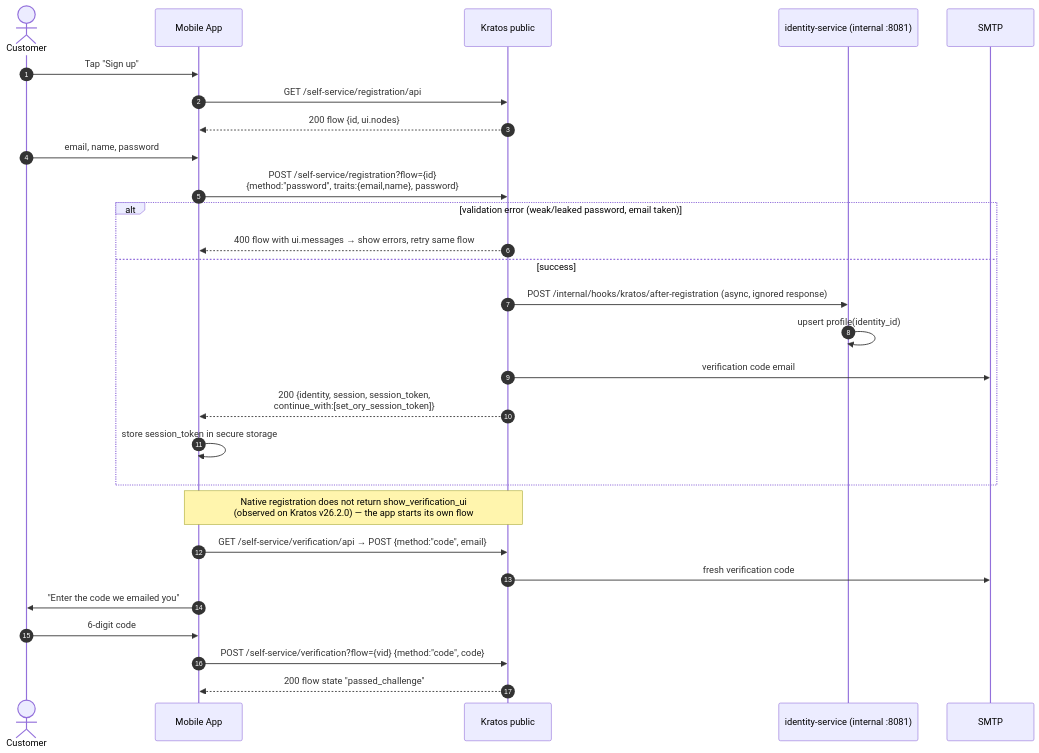
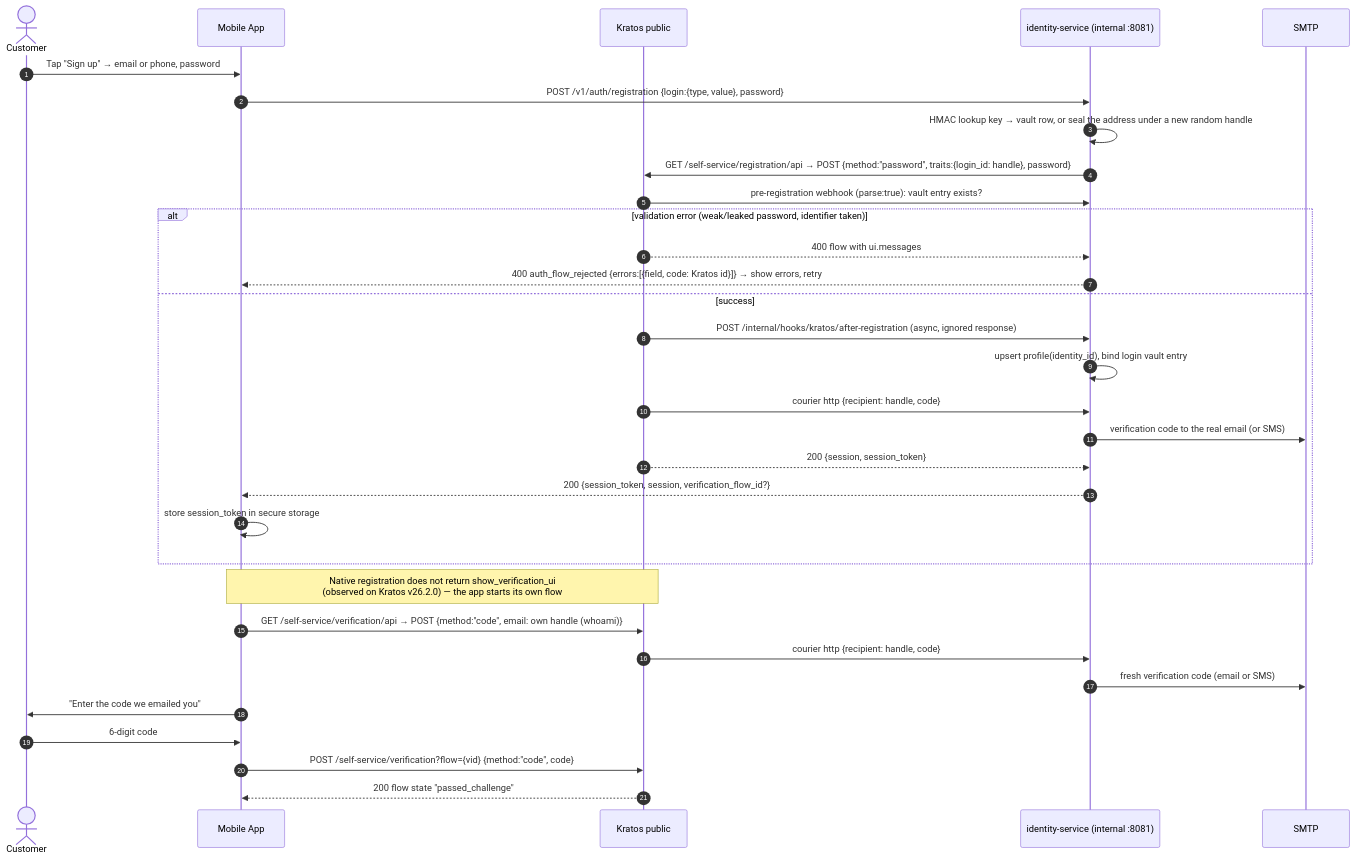
One commit to doitsu2014/go-ory-auth-example changed the first of 6 diagrams in docs/architecture/03-auth-flows.md. Above: the diagram before and after it, drawn with Mermaid. The commit also changed other lines of this file and 220 other files, not shown here.

First line of the commit message:
Customer login through identity-service with opaque Kratos handles (ADR-0013, ADR-0014) (#2)

````diff
--- a/docs/architecture/03-auth-flows.md
+++ b/docs/architecture/03-auth-flows.md
@@ -25,31 +41,35 @@
 ```mermaid
 sequenceDiagram
   autonumber
   actor U as Customer
   participant A as Mobile App
   participant K as Kratos public
   participant S as identity-service (internal :8081)
   participant M as SMTP
 
-  U->>A: Tap "Sign up"
-  A->>K: GET /self-service/registration/api
-  K-->>A: 200 flow {id, ui.nodes}
-  U->>A: email, name, password
-  A->>K: POST /self-service/registration?flow={id}<br/>{method:"password", traits:{email,name}, password}
-  alt validation error (weak/leaked password, email taken)
-    K-->>A: 400 flow with ui.messages → show errors, retry same flow
+  U->>A: Tap "Sign up" → email or phone, password
+  A->>S: POST /v1/auth/registration {login:{type, value}, password}
+  S->>S: HMAC lookup key → vault row, or seal the address under a new random handle
+  S->>K: GET /self-service/registration/api → POST {method:"password", traits:{login_id: handle}, password}
+  K->>S: pre-registration webhook (parse:true): vault entry exists?
+  alt validation error (weak/leaked password, identifier taken)
+    K-->>S: 400 flow with ui.messages
+    S-->>A: 400 auth_flow_rejected {errors:[{field, code: Kratos id}]} → show errors, retry
   else success
     K->>S: POST /internal/hooks/kratos/after-registration (async, ignored response)
-    S->>S: upsert profile(identity_id)
-    K->>M: verification code email
-    K-->>A: 200 {identity, session, session_token,<br/>continue_with:[set_ory_session_token]}
+    S->>S: upsert profile(identity_id), bind login vault entry
+    K->>S: courier http {recipient: handle, code}
+    S->>M: verification code to the real email (or SMS)
+    K-->>S: 200 {session, session_token}
+    S-->>A: 200 {session_token, session, verification_flow_id?}
     A->>A: store session_token in secure storage
   end
   Note over A,K: Native registration does not return show_verification_ui<br/>(observed on Kratos v26.2.0) — the app starts its own flow
-  A->>K: GET /self-service/verification/api → POST {method:"code", email}
-  K->>M: fresh verification code
+  A->>K: GET /self-service/verification/api → POST {method:"code", email: own handle (whoami)}
+  K->>S: courier http {recipient: handle, code}
+  S->>M: fresh verification code (email or SMS)
   A->>U: "Enter the code we emailed you"
   U->>A: 6-digit code
   A->>K: POST /self-service/verification?flow={vid} {method:"code", code}
   K-->>A: 200 flow state "passed_challenge"
 ```
````
